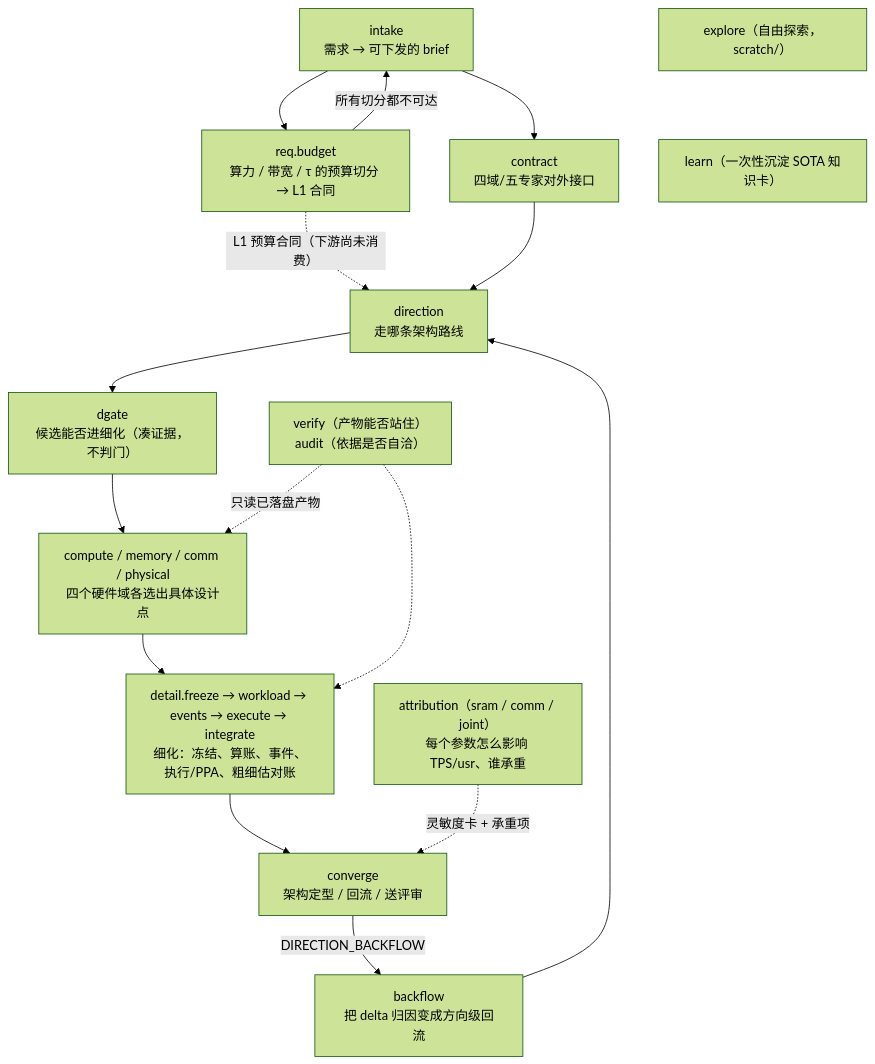
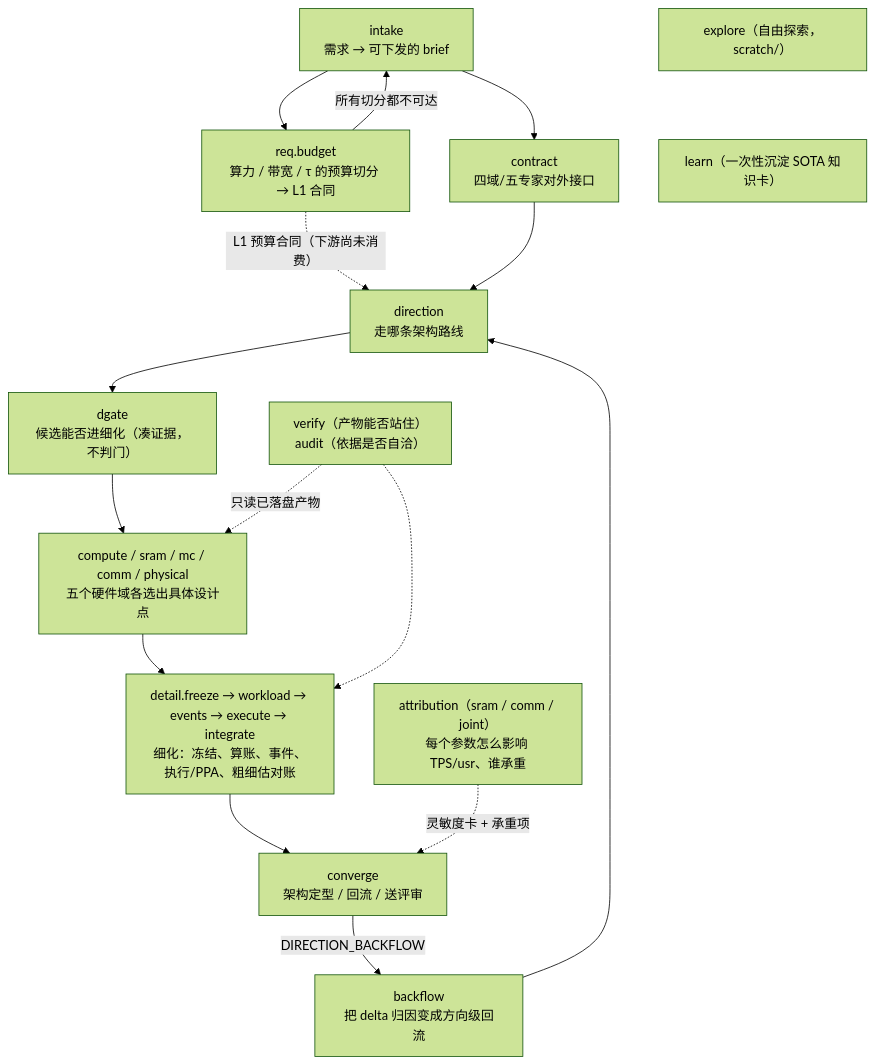
Before and after one commit to xqdan/xihu: the diagram in integration/orchestration/WORKFLOWS.md, drawn with Mermaid (forest theme). The commit also changed other lines of this file and 56 other files, not shown here.

First line of the commit message:
Score L3 searches against the budget contract, split design.memory into sram and mc, add lateral experts

````diff
--- a/integration/orchestration/WORKFLOWS.md
+++ b/integration/orchestration/WORKFLOWS.md
@@ -13,18 +13,18 @@
 ```mermaid
 flowchart TB
   IN["intake<br/>需求 → 可下发的 brief"] --> CT["contract<br/>四域/五专家对外接口"]
   IN --> RB["req.budget<br/>算力 / 带宽 / τ 的预算切分 → L1 合同"]
   RB -.->|"L1 预算合同（下游尚未消费）"| DIR
   RB -->|"所有切分都不可达"| IN
   CT --> DIR["direction<br/>走哪条架构路线"]
   DIR --> DG["dgate<br/>候选能否进细化（凑证据，不判门）"]
-  DG --> C["compute / memory / comm / physical<br/>四个硬件域各选出具体设计点"]
+  DG --> C["compute / sram / mc / comm / physical<br/>五个硬件域各选出具体设计点"]
   C --> D0["detail.freeze → workload → events → execute → integrate<br/>细化：冻结、算账、事件、执行/PPA、粗细估对账"]
   D0 --> CV["converge<br/>架构定型 / 回流 / 送评审"]
   AT["attribution（sram / comm / joint）<br/>每个参数怎么影响 TPS/usr、谁承重"] -.->|"灵敏度卡 + 承重项"| CV
   CV -->|"DIRECTION_BACKFLOW"| BF["backflow<br/>把 delta 归因变成方向级回流"]
   BF --> DIR
   VF["verify（产物能否站住）<br/>audit（依据是否自洽）"] -.->|"只读已落盘产物"| C
   VF -.-> D0
   EX["explore（自由探索，scratch/）"] ~~~ LN["learn（一次性沉淀 SOTA 知识卡）"]
 ```
````
